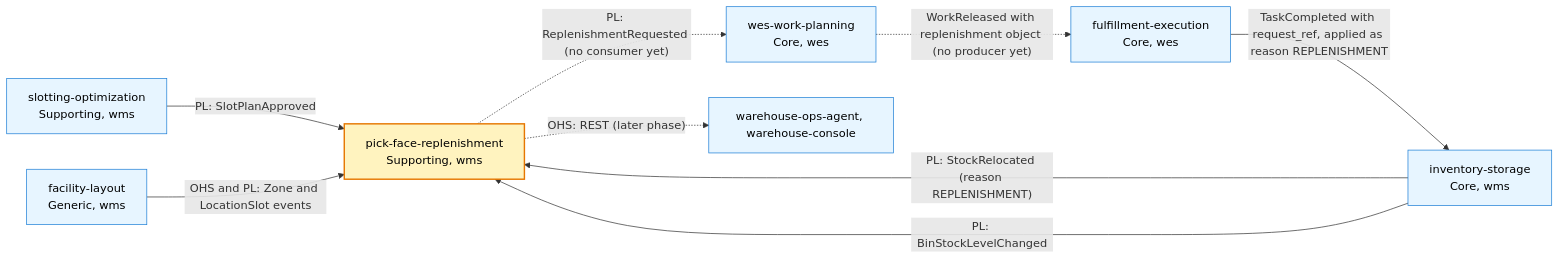
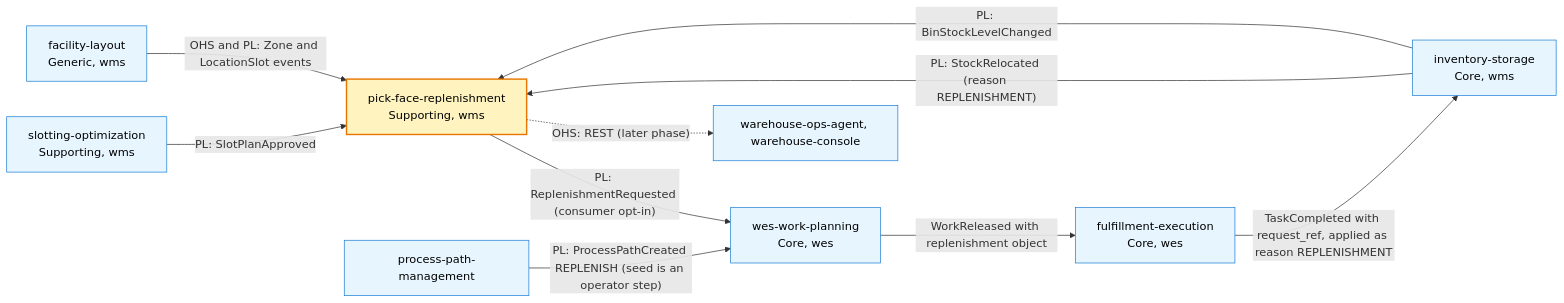
Before and after one commit to IQVO/warehouse-docs: the diagram in docs/contexts/pick-face-replenishment/context-map.md, drawn with Mermaid. The commit also changed other lines of this file and 10 other files, not shown here.

````diff
--- a/docs/contexts/pick-face-replenishment/context-map.md
+++ b/docs/contexts/pick-face-replenishment/context-map.md
@@ -20,20 +22,22 @@
 ```mermaid
 flowchart LR
     classDef self fill:#fff3bf,stroke:#e67700,stroke-width:2px,color:#000
     classDef ctx fill:#e7f5ff,stroke:#1c7ed6,color:#000
     PFR["pick-face-replenishment<br/>Supporting, wms"]:::self
     INV["inventory-storage<br/>Core, wms"]:::ctx
     SLOT["slotting-optimization<br/>Supporting, wms"]:::ctx
     LAY["facility-layout<br/>Generic, wms"]:::ctx
     WP["wes-work-planning<br/>Core, wes"]:::ctx
+    PPM["process-path-management"]:::ctx
     FE["fulfillment-execution<br/>Core, wes"]:::ctx
     OPS["warehouse-ops-agent, warehouse-console"]:::ctx
     INV -->|"PL: StockRelocated (reason REPLENISHMENT)"| PFR
     INV -->|"PL: BinStockLevelChanged"| PFR
     SLOT -->|"PL: SlotPlanApproved"| PFR
     LAY -->|"OHS and PL: Zone and LocationSlot events"| PFR
-    PFR -.->|"PL: ReplenishmentRequested (no consumer yet)"| WP
-    WP -.->|"WorkReleased with replenishment object (no producer yet)"| FE
+    PFR -->|"PL: ReplenishmentRequested (consumer opt-in)"| WP
+    PPM -->|"PL: ProcessPathCreated REPLENISH (seed is an operator step)"| WP
+    WP -->|"WorkReleased with replenishment object"| FE
     FE -->|"TaskCompleted with request_ref, applied as reason REPLENISHMENT"| INV
     PFR -.->|"OHS: REST (later phase)"| OPS
 ```
````
